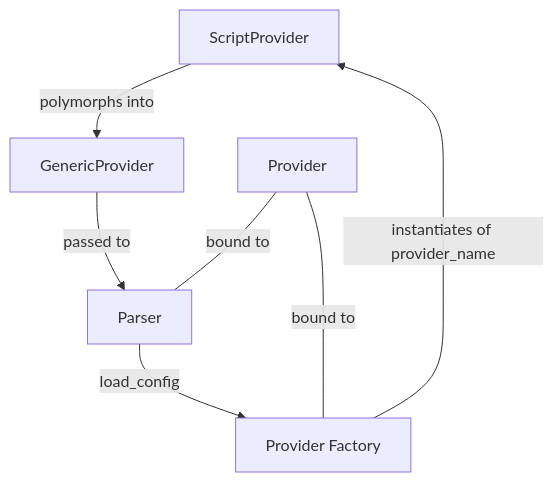
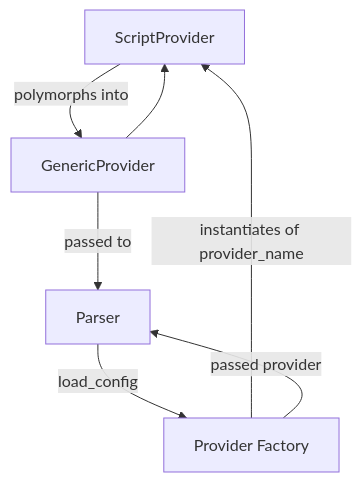
Before and after one commit to inflamously/pylaunch: the eighth of 9 diagrams in pylaunch.md, drawn with Mermaid. The commit also changed other lines of this file, not shown here.

Commit message:
feat(other): added proxy vs simple factory comparison.

````diff
--- a/pylaunch.md
+++ b/pylaunch.md
@@ -104,13 +104,13 @@
 ```mermaid
 graph TD
 	ScriptProvider
 	GenericProvider
-	Provider
 	provider_factory[Provider Factory]
 	Parser
 	Parser -- load_config --> provider_factory
 	provider_factory -- instantiates of provider_name --> ScriptProvider
     ScriptProvider -- polymorphs into --> GenericProvider
+    provider_factory -- passed provider --> Parser
     GenericProvider -- passed to --> Parser
-    Provider -- bound to --- Parser & provider_factory
+    GenericProvider --> ScriptProvider 
 ```
````
